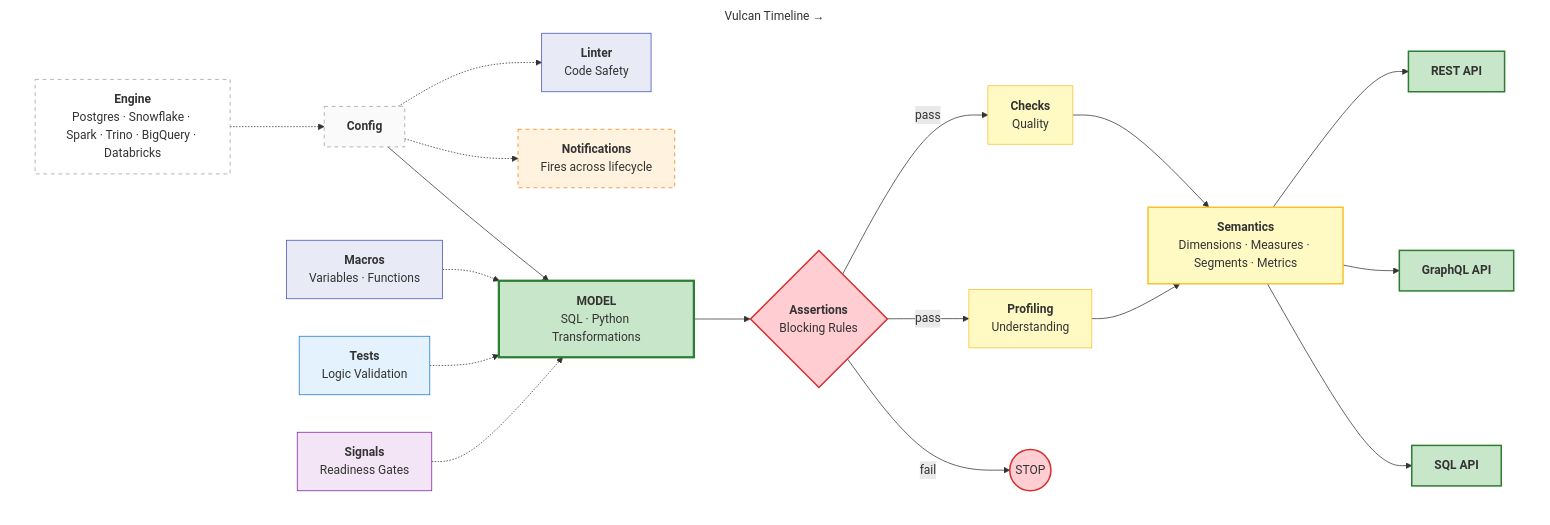
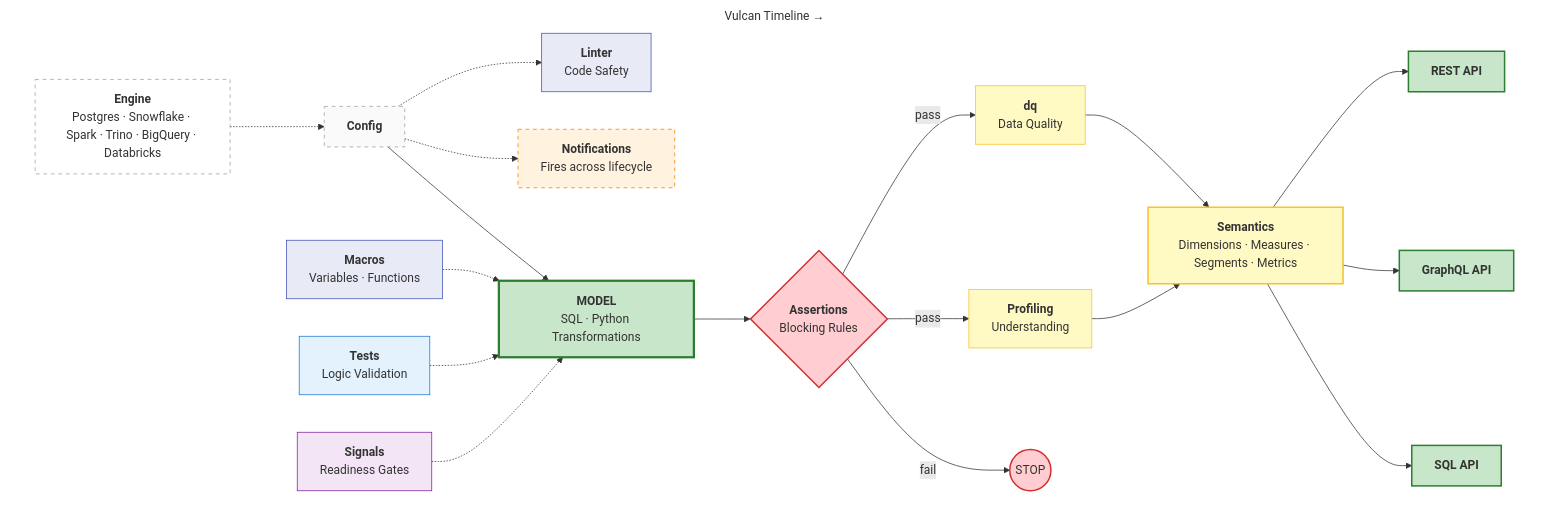
The diagram in docs/index.md (tmdc-io/vulcan-book), drawn with Mermaid before and after one commit.

Commit message:
docs: rename Checks node to dq/Data Quality in architecture diagram

````diff
--- a/docs/index.md
+++ b/docs/index.md
@@ -30,47 +30,47 @@
 ```mermaid
 graph LR
     subgraph VT ["Vulcan Timeline →"]
         direction LR
 
         Engine["<b>Engine</b><br/>Postgres · Snowflake · Spark · Trino · BigQuery · Databricks"] -.-> Config
         Config["<b>Config</b>"] -.-> Linter["<b>Linter</b><br/>Code Safety"]
         Config -.-> Notify["<b>Notifications</b><br/>Fires across lifecycle"]
 
         Macros["<b>Macros</b><br/>Variables · Functions"] -.-> Model
         Tests["<b>Tests</b><br/>Logic Validation"] -.-> Model
         Signals["<b>Signals</b><br/>Readiness Gates"] -.-> Model
 
         Config --> Model["<b>MODEL</b><br/>SQL · Python Transformations"]
 
         Model --> Audits
 
         Audits{"<b>Assertions</b> <br> Blocking Rules"} -->|pass| Checks
         Audits -->|pass| Profiles
         Audits -->|fail| Stop(("STOP"))
 
-        Checks["<b>Checks</b><br/>Quality"] --> Sem
+        Checks["<b>dq</b><br/>Data Quality"] --> Sem
         Profiles["<b>Profiling</b><br/>Understanding"] --> Sem
 
         Sem["<b>Semantics</b><br/>Dimensions · Measures · Segments · Metrics"] --> REST["<b>REST API</b>"]
         Sem --> GraphQL["<b>GraphQL API</b>"]
         Sem --> MySQL["<b>SQL API</b>"]
     end
 
     style VT fill:none,stroke:none
     style Config fill:#fafafa,stroke:#9e9e9e,stroke-width:1px,stroke-dasharray: 5 5
     style Engine fill:#ffffff,stroke:#9e9e9e,stroke-width:1px,stroke-dasharray: 5 5
     style Linter fill:#e8eaf6,stroke:#3f51b5,stroke-width:1px
     style Macros fill:#e8eaf6,stroke:#3f51b5,stroke-width:1px
     style Tests fill:#e3f2fd,stroke:#1976d2,stroke-width:1px
     style Signals fill:#f3e5f5,stroke:#7b1fa2,stroke-width:1px
     style Model fill:#c8e6c9,stroke:#2e7d32,stroke-width:3px
     style Audits fill:#ffcdd2,stroke:#d32f2f,stroke-width:2px
     style Stop fill:#ffcdd2,stroke:#d32f2f,stroke-width:2px
     style Checks fill:#fff9c4,stroke:#fbc02d,stroke-width:1px
     style Profiles fill:#fff9c4,stroke:#fbc02d,stroke-width:1px
     style Sem fill:#fff9c4,stroke:#fbc02d,stroke-width:2px
     style Notify fill:#fff3e0,stroke:#f57c00,stroke-width:1px,stroke-dasharray: 5 5
     style REST fill:#c8e6c9,stroke:#2e7d32,stroke-width:2px
     style GraphQL fill:#c8e6c9,stroke:#2e7d32,stroke-width:2px
     style MySQL fill:#c8e6c9,stroke:#2e7d32,stroke-width:2px
 ```
````
